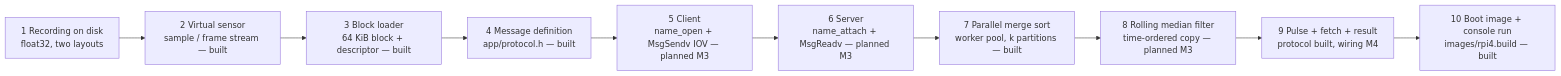
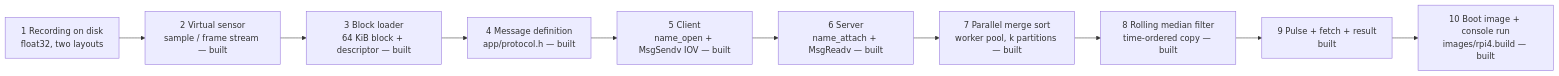
Before and after one commit to Sanjay5421/qnx-rtos-sorting-filter: the first of 6 diagrams in docs/IMPLEMENTATION.md, drawn with Mermaid. The commit also changed other lines of this file and 24 other files, not shown here.

````diff
--- a/docs/IMPLEMENTATION.md
+++ b/docs/IMPLEMENTATION.md
@@ -23,12 +23,12 @@
 ```mermaid
 flowchart LR
     A["1 Recording on disk<br/>float32, two layouts"] --> B["2 Virtual sensor<br/>sample / frame stream — built"]
     B --> C["3 Block loader<br/>64 KiB block + descriptor — built"]
     C --> D["4 Message definition<br/>app/protocol.h — built"]
-    D --> E["5 Client<br/>name_open + MsgSendv IOV — planned M3"]
-    E --> F["6 Server<br/>name_attach + MsgReadv — planned M3"]
+    D --> E["5 Client<br/>name_open + MsgSendv IOV — built"]
+    E --> F["6 Server<br/>name_attach + MsgReadv — built"]
     F --> G["7 Parallel merge sort<br/>worker pool, k partitions — built"]
-    G --> H["8 Rolling median filter<br/>time-ordered copy — planned M3"]
-    H --> I["9 Pulse + fetch + result<br/>protocol built, wiring M4"]
+    G --> H["8 Rolling median filter<br/>time-ordered copy — built"]
+    H --> I["9 Pulse + fetch + result<br/>built"]
     I --> J["10 Boot image + console run<br/>images/rpi4.build — built"]
 ```
````
